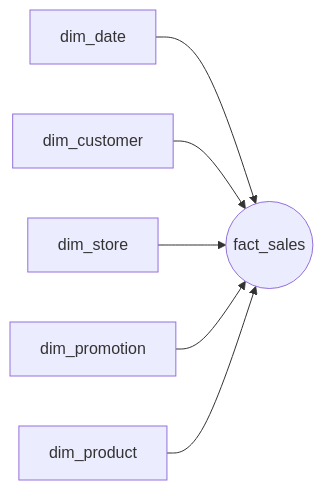
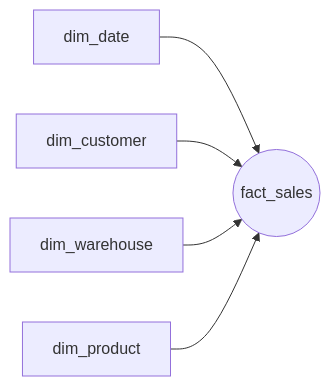
Before and after one commit to jovync/analytics-portfolio: the second of 4 diagrams in vespera-analytics-platform/docs/02_architecture/04_physical_erd.md, drawn with Mermaid. The commit also changed other lines of this file and 3 other files, not shown here.

First line of the commit message:
docs: reconcile dim_store/dim_warehouse divergence with generated data

````diff
--- a/vespera-analytics-platform/docs/02_architecture/04_physical_erd.md
+++ b/vespera-analytics-platform/docs/02_architecture/04_physical_erd.md
@@ -103,8 +105,7 @@
 ```mermaid
 flowchart LR
     Date[dim_date] --> Sales((fact_sales))
     Customer[dim_customer] --> Sales
-    Store[dim_store] --> Sales
-    Promotion[dim_promotion] --> Sales
+    Warehouse[dim_warehouse] --> Sales
     Product[dim_product] --> Sales
 ```
````
